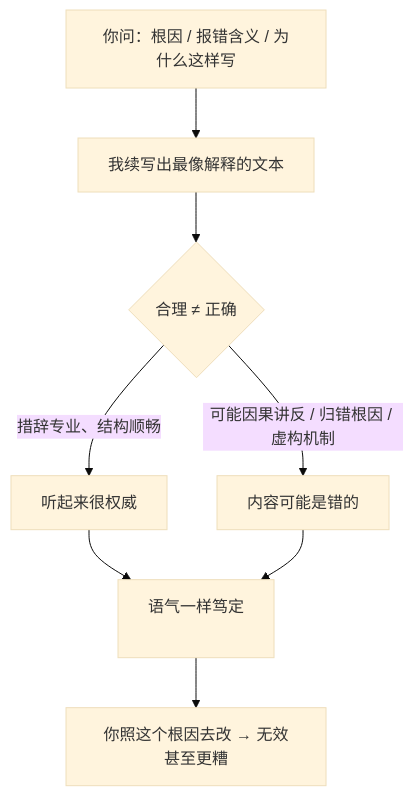
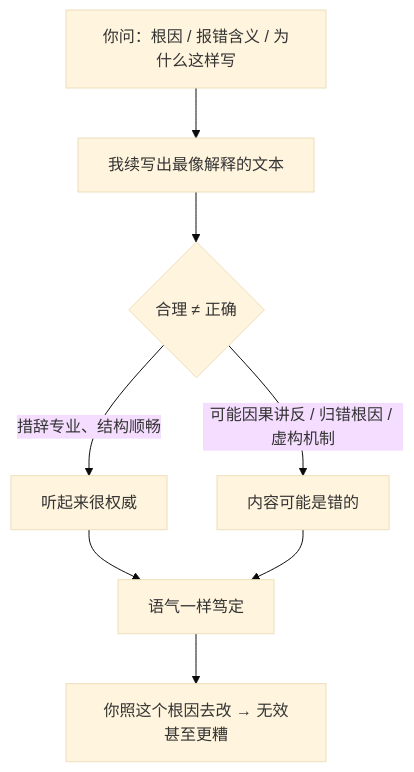
The diagram in docs/01-ideation-feasibility/confidently-wrong-explanations.mdx (XuebinMa/AIWiki), drawn with Mermaid (base theme) before and after one commit. The commit also changed 99 other files, not shown here.

First line of the commit message:
fix(mermaid): 全局根治节点文字裁切（htmlLabels:false + 清理 br/nbsp 占位）(#26)

````diff
--- a/docs/01-ideation-feasibility/confidently-wrong-explanations.mdx
+++ b/docs/01-ideation-feasibility/confidently-wrong-explanations.mdx
@@ -40,10 +40,10 @@
 ```mermaid
 flowchart TD
     A[你问：根因 / 报错含义 / 为什么这样写] --> B[我续写出最像解释的文本]
     B --> C{合理 ≠ 正确}
     C -->|措辞专业、结构顺畅| D[听起来很权威]
     C -->|可能因果讲反 / 归错根因 / 虚构机制| E[内容可能是错的]
-    D --> F[语气一样笃定<br/>&nbsp;]
+    D --> F[语气一样笃定]
     E --> F
     F --> G[你照这个根因去改 → 无效甚至更糟]
 ```
````
